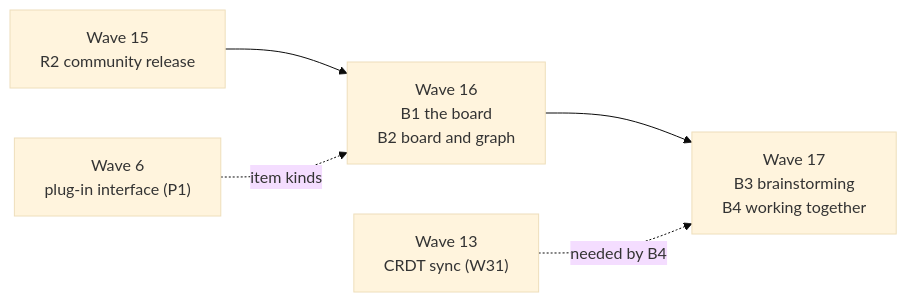
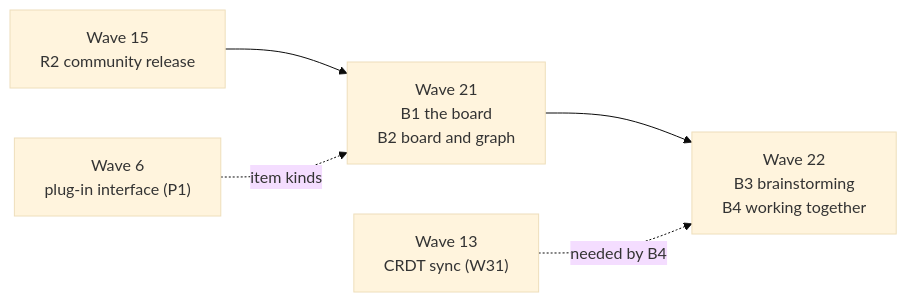
The third of 3 diagrams in wiki/Whiteboard-design.md (rogerbucks/graph-note), drawn with Mermaid (base theme) before and after one commit. The commit also changed other lines of this file and 13 other files, not shown here.

````diff
--- a/wiki/Whiteboard-design.md
+++ b/wiki/Whiteboard-design.md
@@ -141,7 +141,7 @@
 ```mermaid
 flowchart LR
-  R2["Wave 15<br/>R2 community release"] --> W16["Wave 16<br/>B1 the board<br/>B2 board and graph"]
-  W16 --> W17["Wave 17<br/>B3 brainstorming<br/>B4 working together"]
-  W13["Wave 13<br/>CRDT sync (W31)"] -.->|needed by B4| W17
-  W6["Wave 6<br/>plug-in interface (P1)"] -.->|item kinds| W16
+  R2["Wave 15<br/>R2 community release"] --> W21["Wave 21<br/>B1 the board<br/>B2 board and graph"]
+  W21 --> W22["Wave 22<br/>B3 brainstorming<br/>B4 working together"]
+  W13["Wave 13<br/>CRDT sync (W31)"] -.->|needed by B4| W22
+  W6["Wave 6<br/>plug-in interface (P1)"] -.->|item kinds| W21
 ```
````
